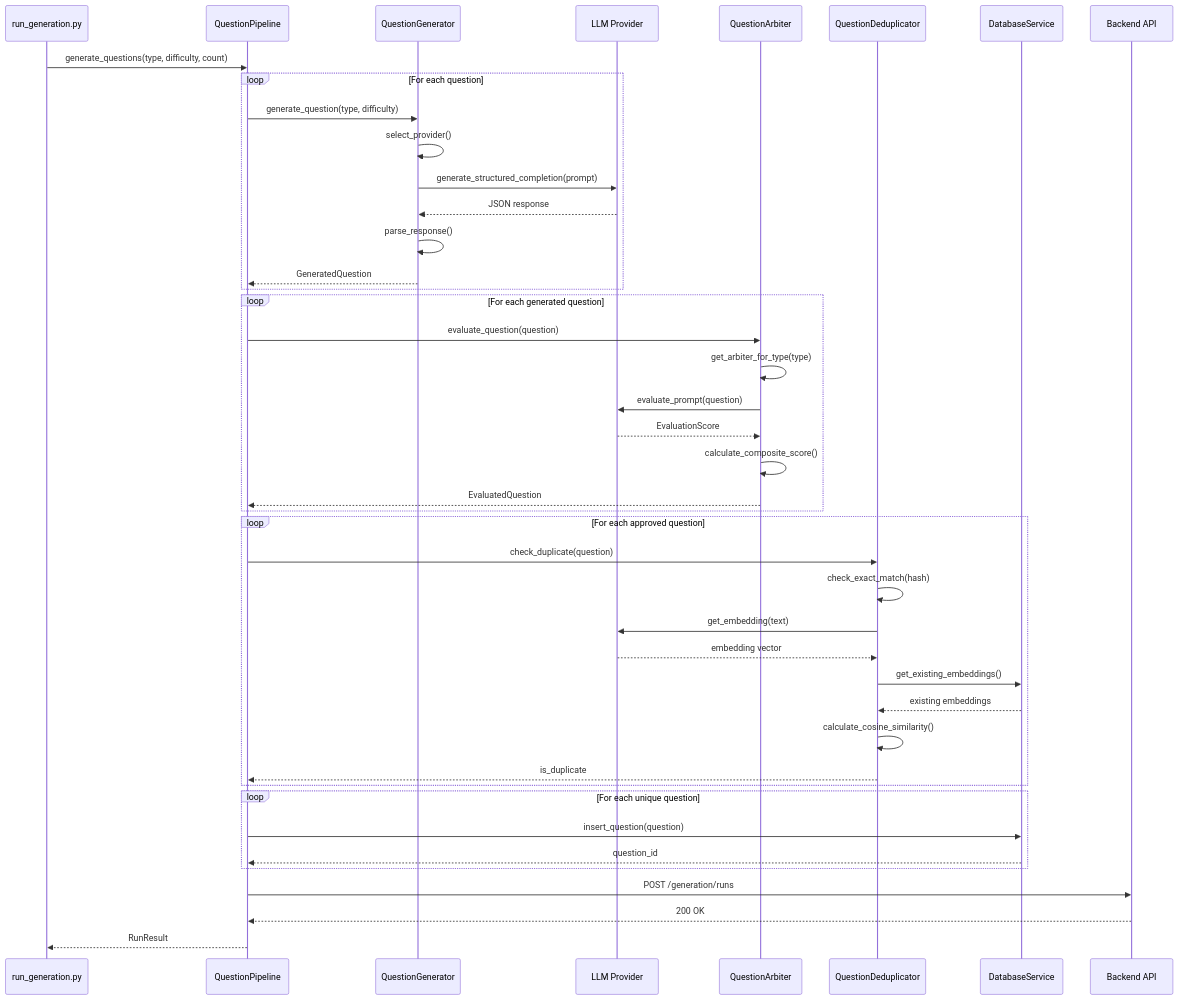
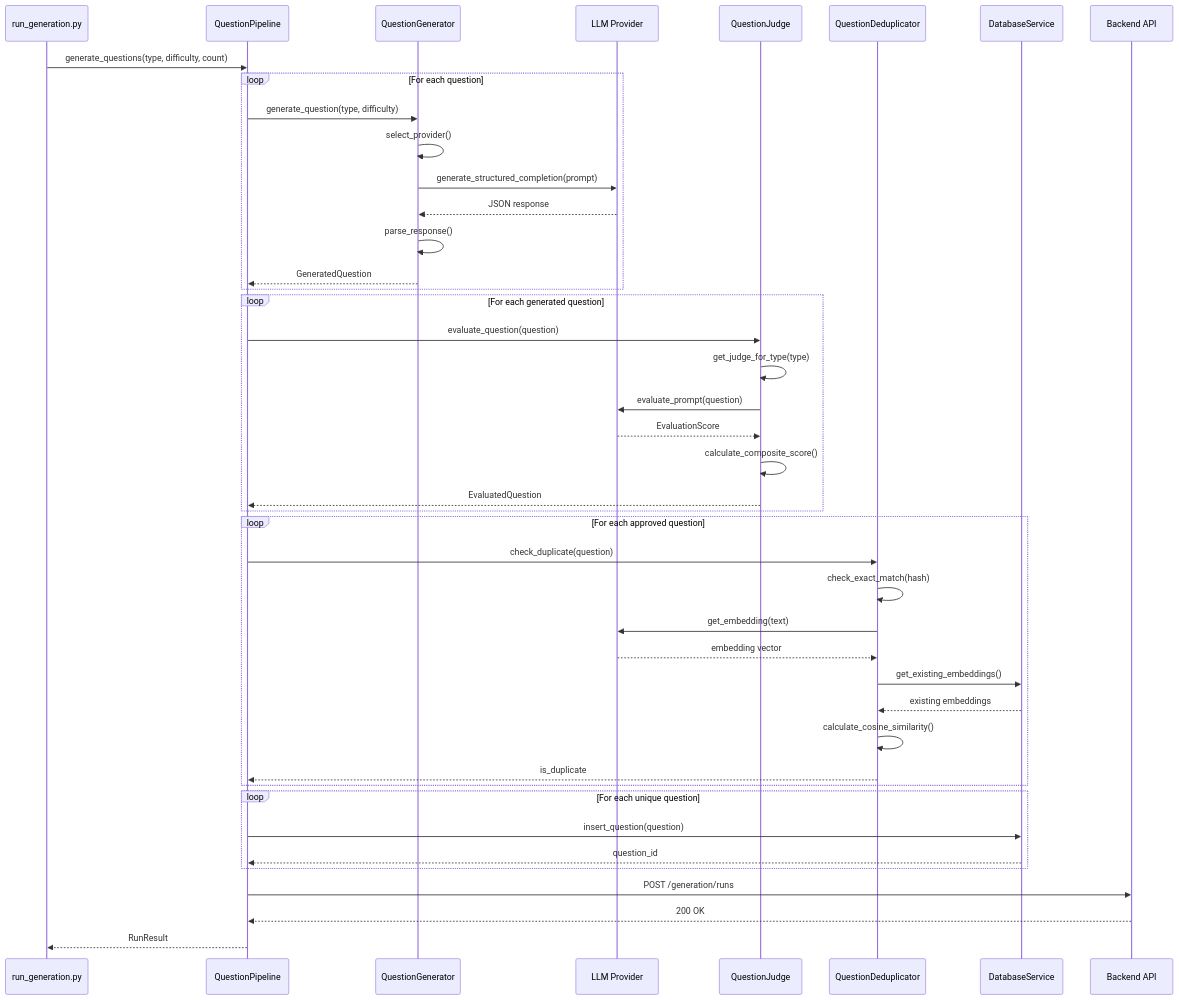
One commit to gioe/aiq changed the third of 15 diagrams in question-service/docs/ARCHITECTURE.md. Above: the diagram before and after it, drawn with Mermaid. The commit also changed other lines of this file and 58 other files, not shown here.

First line of the commit message:
refactor: Rename arbiter to judge throughout codebase

````diff
--- a/question-service/docs/ARCHITECTURE.md
+++ b/question-service/docs/ARCHITECTURE.md
@@ -147,52 +147,52 @@
 ```mermaid
 sequenceDiagram
     participant CLI as run_generation.py
     participant Pipeline as QuestionPipeline
     participant Gen as QuestionGenerator
     participant LLM as LLM Provider
-    participant Arbiter as QuestionArbiter
+    participant Judge as QuestionJudge
     participant Dedup as QuestionDeduplicator
     participant DB as DatabaseService
     participant Backend as Backend API
 
     CLI->>Pipeline: generate_questions(type, difficulty, count)
 
     loop For each question
         Pipeline->>Gen: generate_question(type, difficulty)
         Gen->>Gen: select_provider()
         Gen->>LLM: generate_structured_completion(prompt)
         LLM-->>Gen: JSON response
         Gen->>Gen: parse_response()
         Gen-->>Pipeline: GeneratedQuestion
     end
 
     loop For each generated question
-        Pipeline->>Arbiter: evaluate_question(question)
-        Arbiter->>Arbiter: get_arbiter_for_type(type)
-        Arbiter->>LLM: evaluate_prompt(question)
-        LLM-->>Arbiter: EvaluationScore
-        Arbiter->>Arbiter: calculate_composite_score()
-        Arbiter-->>Pipeline: EvaluatedQuestion
+        Pipeline->>Judge: evaluate_question(question)
+        Judge->>Judge: get_judge_for_type(type)
+        Judge->>LLM: evaluate_prompt(question)
+        LLM-->>Judge: EvaluationScore
+        Judge->>Judge: calculate_composite_score()
+        Judge-->>Pipeline: EvaluatedQuestion
     end
 
     loop For each approved question
         Pipeline->>Dedup: check_duplicate(question)
         Dedup->>Dedup: check_exact_match(hash)
         Dedup->>LLM: get_embedding(text)
         LLM-->>Dedup: embedding vector
         Dedup->>DB: get_existing_embeddings()
         DB-->>Dedup: existing embeddings
         Dedup->>Dedup: calculate_cosine_similarity()
         Dedup-->>Pipeline: is_duplicate
     end
 
     loop For each unique question
         Pipeline->>DB: insert_question(question)
         DB-->>Pipeline: question_id
     end
 
     Pipeline->>Backend: POST /generation/runs
     Backend-->>Pipeline: 200 OK
 
     Pipeline-->>CLI: RunResult
 ```
````
